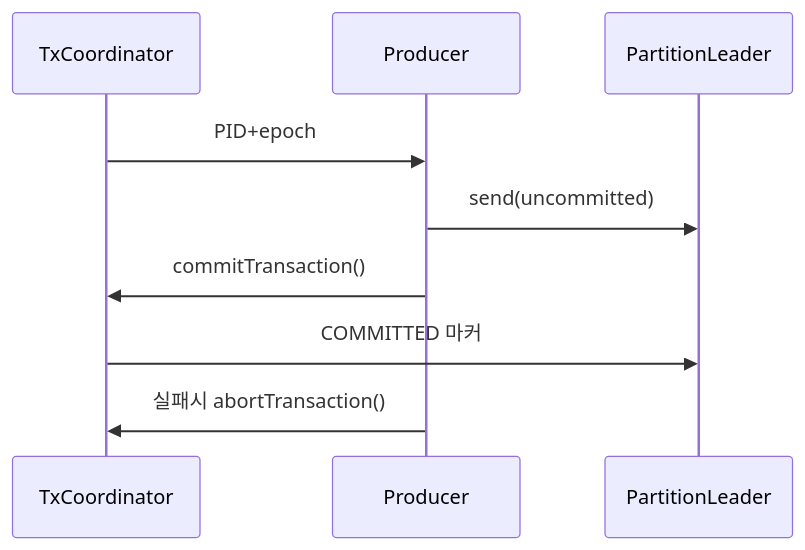
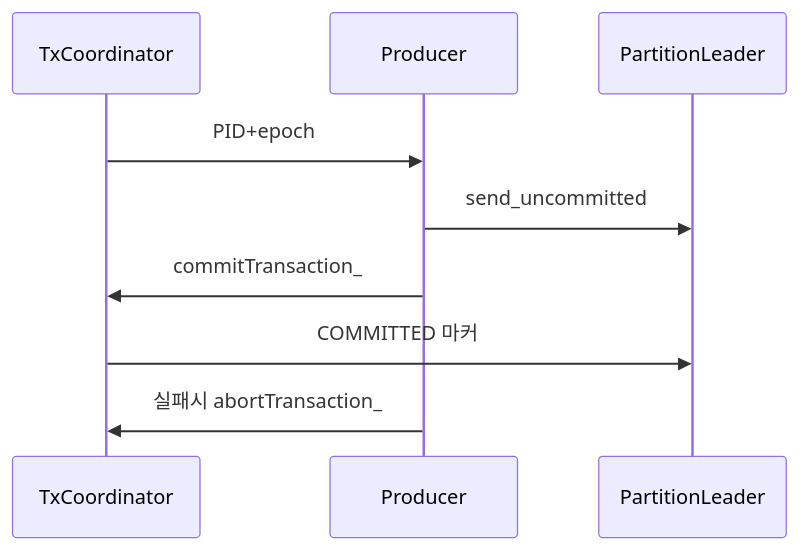
Before and after one commit to yjkim2015/yjkim2015.github.io: diagram 15 of 21 in _posts/kafka/2026-05-01-kafka-internals.md, drawn with Mermaid. The commit also changed other lines of this file and 85 other files, not shown here.

First line of the commit message:
sequenceDiagram 문법 에러 2차 수정 169개 (86파일)

````diff
--- a/_posts/kafka/2026-05-01-kafka-internals.md
+++ b/_posts/kafka/2026-05-01-kafka-internals.md
@@ -406,8 +406,8 @@
 ```mermaid
 sequenceDiagram
     TxCoordinator->>Producer: PID+epoch
-    Producer->>PartitionLeader: send(uncommitted)
-    Producer->>TxCoordinator: commitTransaction()
+    Producer->>PartitionLeader: send_uncommitted
+    Producer->>TxCoordinator: commitTransaction_
     TxCoordinator->>PartitionLeader: COMMITTED 마커
-    Producer->>TxCoordinator: 실패시 abortTransaction()
+    Producer->>TxCoordinator: 실패시 abortTransaction_
 ```
````
